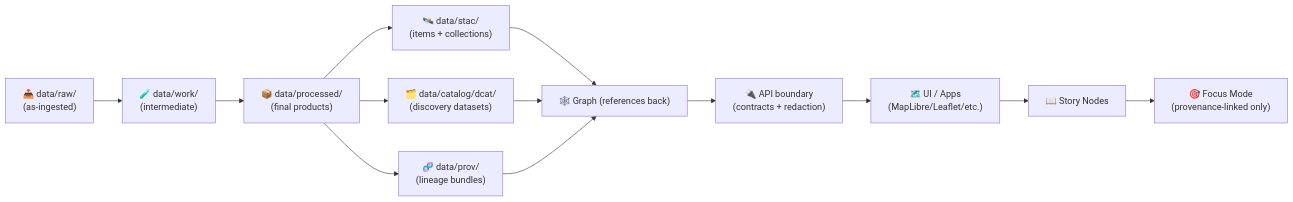
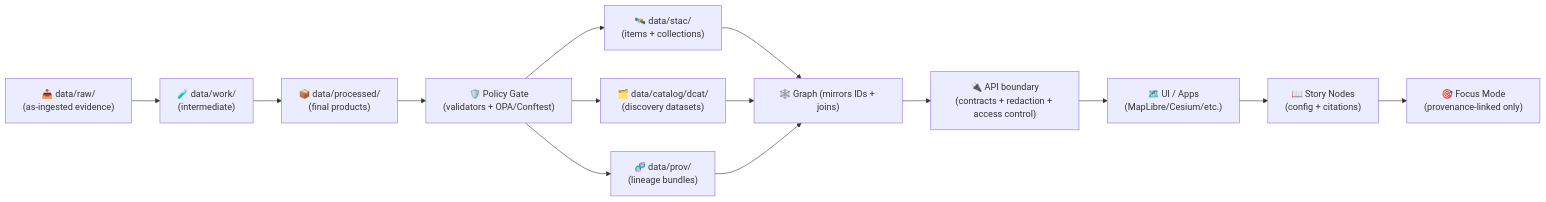
Before and after one commit to bartytime4life/Kansas-Frontier-Matrix: the diagram in data/processed/README.md, drawn with Mermaid. The commit also changed other lines of this file, not shown here.

````diff
--- a/data/processed/README.md
+++ b/data/processed/README.md
@@ -110,18 +164,20 @@
 ```mermaid
 flowchart LR
-  RAW["📥 data/raw/<domain>\n(as-ingested)"] --> WORK["🧪 data/work/<domain>\n(intermediate)"]
+  RAW["📥 data/raw/<domain>\n(as-ingested evidence)"] --> WORK["🧪 data/work/<domain>\n(intermediate)"]
   WORK --> PROC["📦 data/processed/<domain>\n(final products)"]
 
-  PROC --> STAC["🛰️ data/stac/\n(items + collections)"]
-  PROC --> DCAT["🗂️ data/catalog/dcat/\n(discovery datasets)"]
-  PROC --> PROV["🧬 data/prov/\n(lineage bundles)"]
+  PROC --> GATE["🛡️ Policy Gate\n(validators + OPA/Conftest)"]
 
-  STAC --> GRAPH["🕸️ Graph (references back)"]
+  GATE --> STAC["🛰️ data/stac/\n(items + collections)"]
+  GATE --> DCAT["🗂️ data/catalog/dcat/\n(discovery datasets)"]
+  GATE --> PROV["🧬 data/prov/\n(lineage bundles)"]
+
+  STAC --> GRAPH["🕸️ Graph (mirrors IDs + joins)"]
   DCAT --> GRAPH
   PROV --> GRAPH
 
-  GRAPH --> API["🔌 API boundary\n(contracts + redaction)"]
-  API --> UI["🗺️ UI / Apps\n(MapLibre/Leaflet/etc.)"]
-  UI --> STORY["📖 Story Nodes"]
+  GRAPH --> API["🔌 API boundary\n(contracts + redaction + access control)"]
+  API --> UI["🗺️ UI / Apps\n(MapLibre/Cesium/etc.)"]
+  UI --> STORY["📖 Story Nodes\n(config + citations)"]
   STORY --> FOCUS["🎯 Focus Mode\n(provenance-linked only)"]
 ```
````
